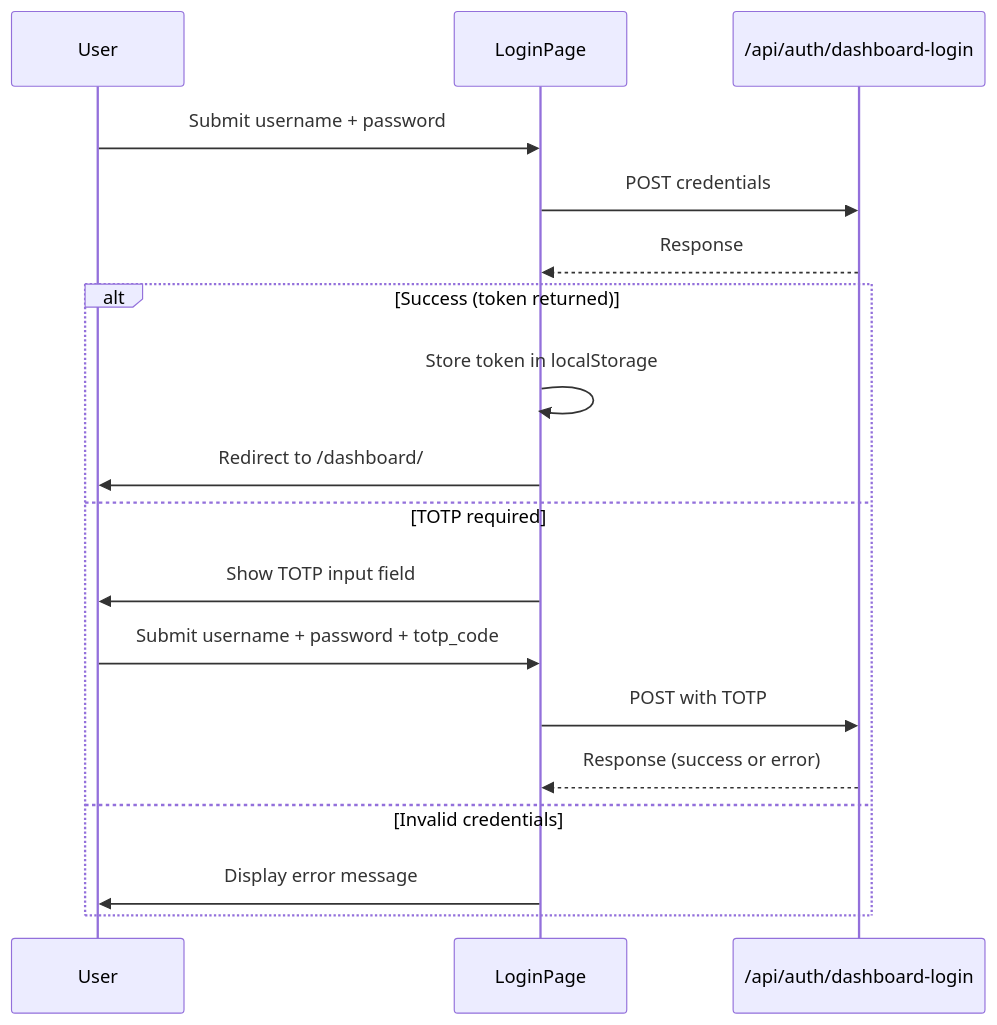
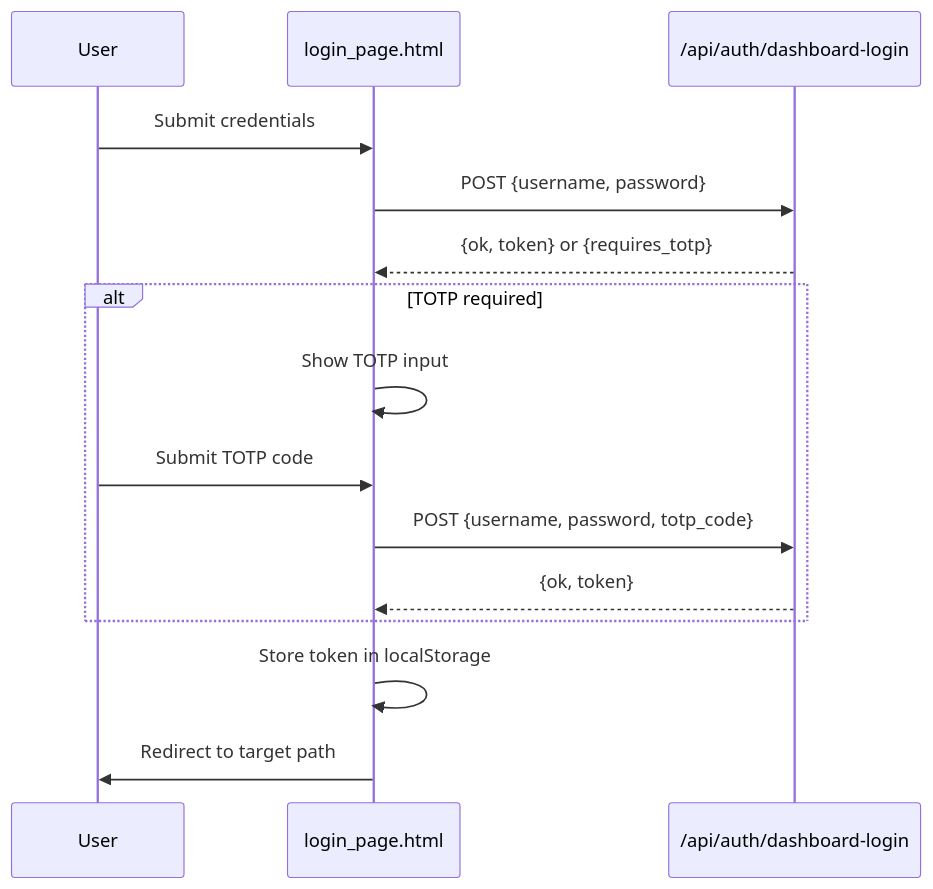
The diagram in other-librefang-api-src.md (leszek3737/librefang-WIki), drawn with Mermaid before and after one commit. The commit also changed other lines of this file and 70 other files, not shown here.

````diff
--- a/other-librefang-api-src.md
+++ b/other-librefang-api-src.md
@@ -13,22 +19,18 @@
 ```mermaid
 sequenceDiagram
     participant User
-    participant LoginPage
+    participant LoginPage as login_page.html
     participant API as /api/auth/dashboard-login
 
-    User->>LoginPage: Submit username + password
-    LoginPage->>API: POST credentials
-    API-->>LoginPage: Response
-
-    alt Success (token returned)
-        LoginPage->>LoginPage: Store token in localStorage
-        LoginPage->>User: Redirect to /dashboard/
-    else TOTP required
-        LoginPage->>User: Show TOTP input field
-        User->>LoginPage: Submit username + password + totp_code
-        LoginPage->>API: POST with TOTP
-        API-->>LoginPage: Response (success or error)
-    else Invalid credentials
-        LoginPage->>User: Display error message
+    User->>LoginPage: Submit credentials
+    LoginPage->>API: POST {username, password}
+    API-->>LoginPage: {ok, token} or {requires_totp}
+    alt TOTP required
+        LoginPage->>LoginPage: Show TOTP input
+        User->>LoginPage: Submit TOTP code
+        LoginPage->>API: POST {username, password, totp_code}
+        API-->>LoginPage: {ok, token}
     end
+    LoginPage->>LoginPage: Store token in localStorage
+    LoginPage->>User: Redirect to target path
 ```
````
